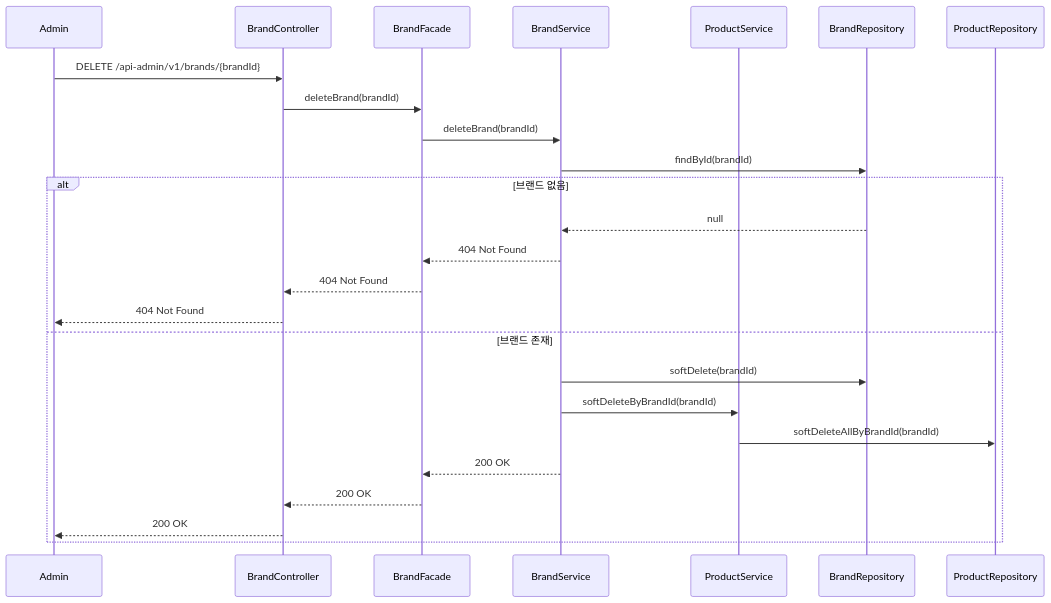
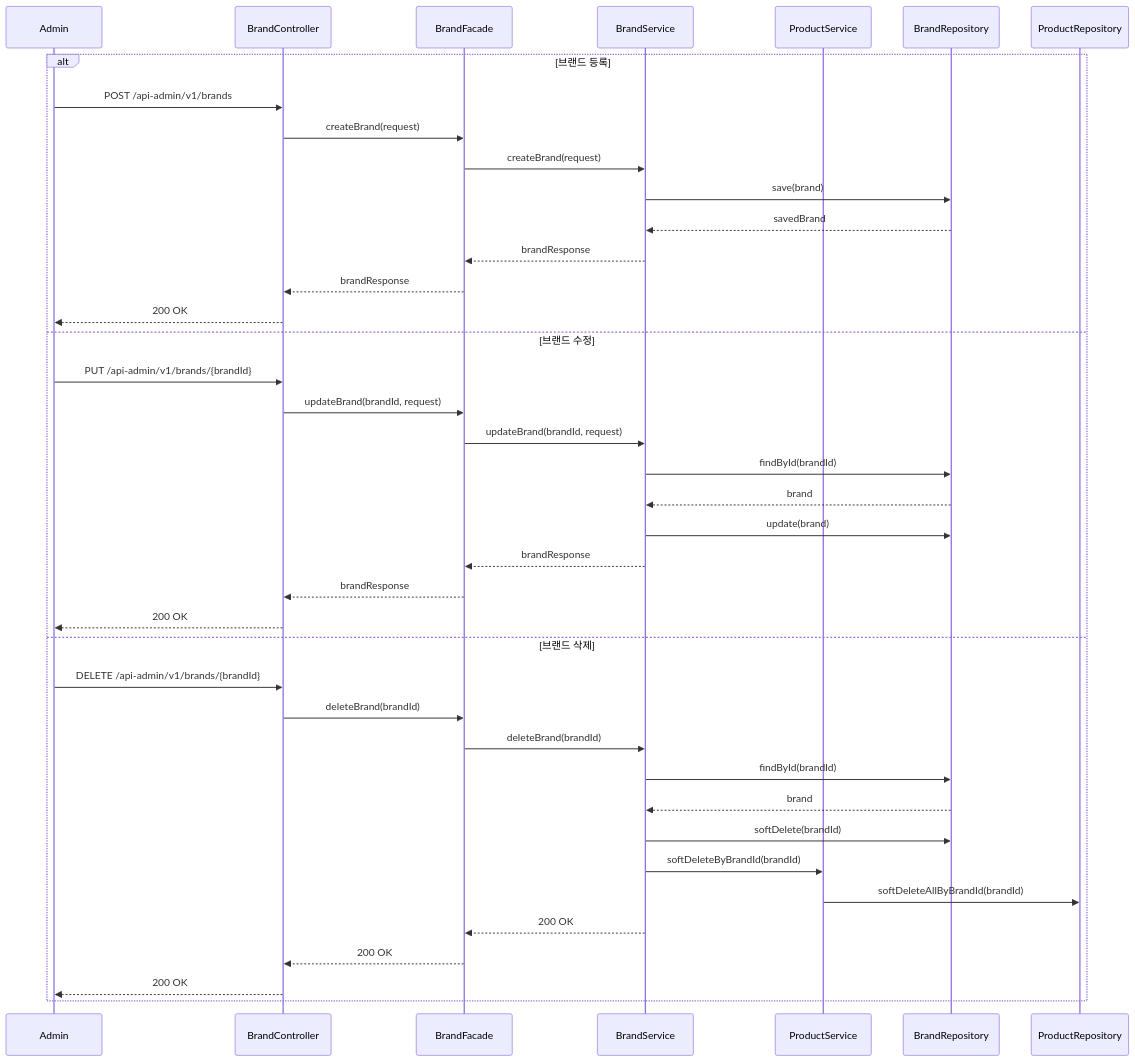
One commit to loopers-labs/loop-pack-be-l2-vol4-java changed the tenth of 12 diagrams in docs/week2/02-sequence-diagrams.md. Above: the diagram before and after it, drawn with Mermaid. The commit also changed other lines of this file, not shown here.

Commit message:
docs: 시퀀스 다이어그램 12개 유스케이스 전체 작성

````diff
--- a/docs/week2/02-sequence-diagrams.md
+++ b/docs/week2/02-sequence-diagrams.md
@@ -91,29 +296,45 @@
 ```mermaid
 sequenceDiagram
     participant Admin
     participant BrandController
     participant BrandFacade
     participant BrandService
     participant ProductService
     participant BrandRepository
     participant ProductRepository
 
-    Admin->>BrandController: DELETE /api-admin/v1/brands/{brandId}
-    BrandController->>BrandFacade: deleteBrand(brandId)
-    BrandFacade->>BrandService: deleteBrand(brandId)
-    BrandService->>BrandRepository: findById(brandId)
+    alt 브랜드 등록
+        Admin->>BrandController: POST /api-admin/v1/brands
+        BrandController->>BrandFacade: createBrand(request)
+        BrandFacade->>BrandService: createBrand(request)
+        BrandService->>BrandRepository: save(brand)
+        BrandRepository-->>BrandService: savedBrand
+        BrandService-->>BrandFacade: brandResponse
+        BrandFacade-->>BrandController: brandResponse
+        BrandController-->>Admin: 200 OK
 
-    alt 브랜드 없음
-        BrandRepository-->>BrandService: null
-        BrandService-->>BrandFacade: 404 Not Found
-        BrandFacade-->>BrandController: 404 Not Found
-        BrandController-->>Admin: 404 Not Found
-    else 브랜드 존재
+    else 브랜드 수정
+        Admin->>BrandController: PUT /api-admin/v1/brands/{brandId}
+        BrandController->>BrandFacade: updateBrand(brandId, request)
+        BrandFacade->>BrandService: updateBrand(brandId, request)
+        BrandService->>BrandRepository: findById(brandId)
+        BrandRepository-->>BrandService: brand
+        BrandService->>BrandRepository: update(brand)
+        BrandService-->>BrandFacade: brandResponse
+        BrandFacade-->>BrandController: brandResponse
+        BrandController-->>Admin: 200 OK
+
+    else 브랜드 삭제
+        Admin->>BrandController: DELETE /api-admin/v1/brands/{brandId}
+        BrandController->>BrandFacade: deleteBrand(brandId)
+        BrandFacade->>BrandService: deleteBrand(brandId)
+        BrandService->>BrandRepository: findById(brandId)
+        BrandRepository-->>BrandService: brand
         BrandService->>BrandRepository: softDelete(brandId)
         BrandService->>ProductService: softDeleteByBrandId(brandId)
         ProductService->>ProductRepository: softDeleteAllByBrandId(brandId)
         BrandService-->>BrandFacade: 200 OK
         BrandFacade-->>BrandController: 200 OK
         BrandController-->>Admin: 200 OK
     end
 ```
````
